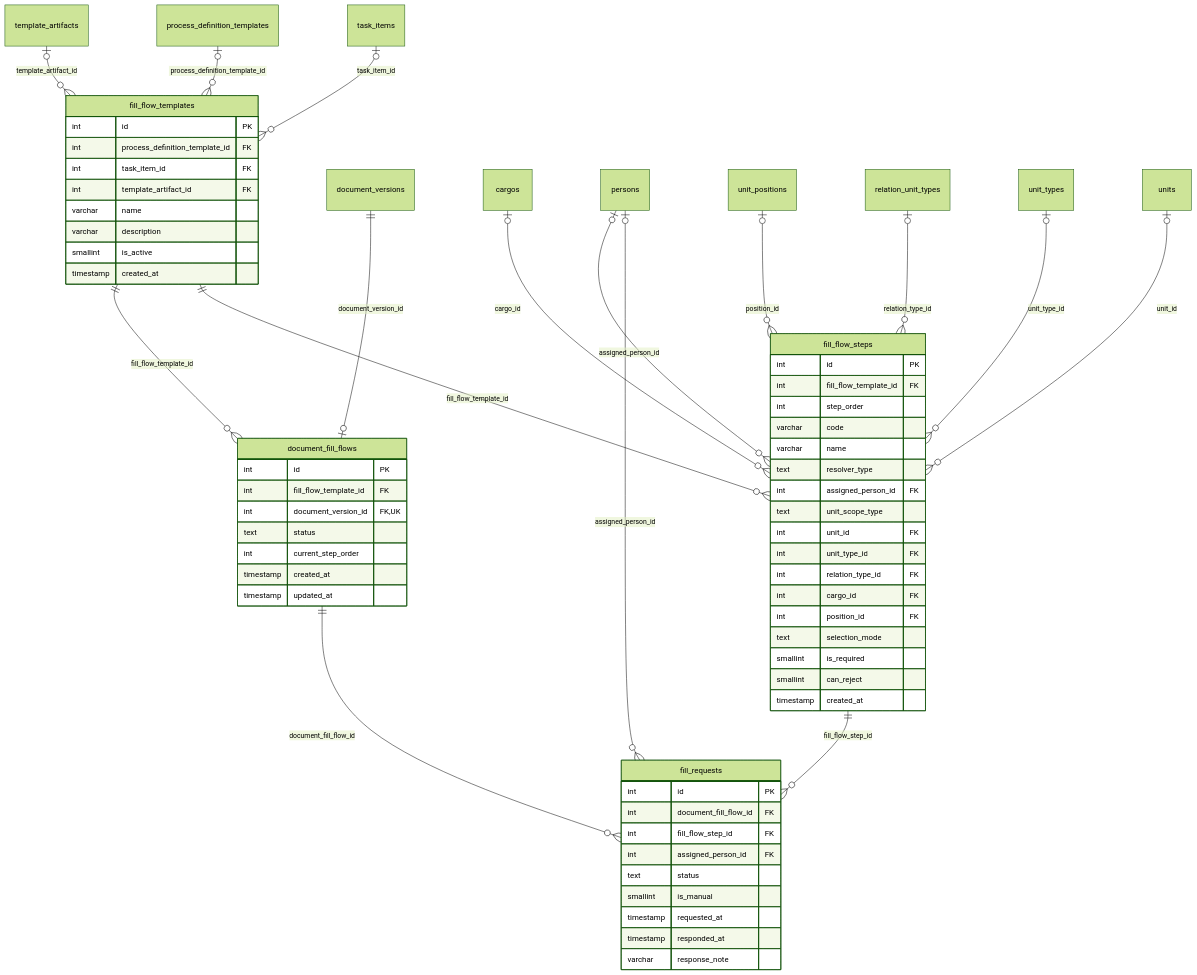
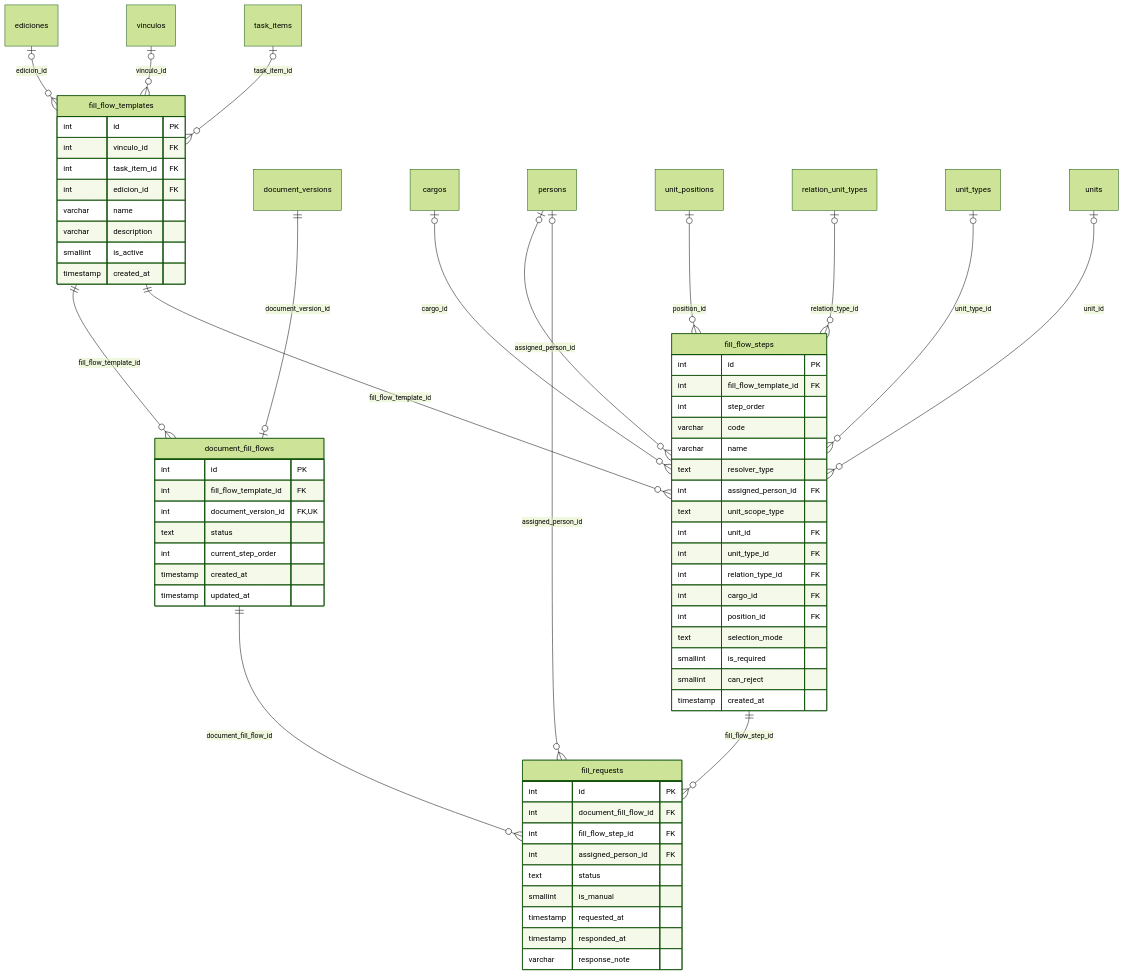
One commit to fresvel/deasy changed the seventh of 10 diagrams in docs/src/content/docs/modelo/mapa-con-campos.md. Above: the diagram before and after it, drawn with Mermaid (forest theme). The commit also changed other lines of this file and 172 other files, not shown here.

````diff
--- a/docs/src/content/docs/modelo/mapa-con-campos.md
+++ b/docs/src/content/docs/modelo/mapa-con-campos.md
@@ -475,68 +475,68 @@
 ```mermaid
 erDiagram
   %% generado por scripts/docs/gen-mapa-campos.mjs: no se edita a mano
   fill_flow_templates {
     int id PK
-    int process_definition_template_id FK
+    int vinculo_id FK
     int task_item_id FK
-    int template_artifact_id FK
+    int edicion_id FK
     varchar name
     varchar description
     smallint is_active
     timestamp created_at
   }
   fill_flow_steps {
     int id PK
     int fill_flow_template_id FK
     int step_order
     varchar code
     varchar name
     text resolver_type
     int assigned_person_id FK
     text unit_scope_type
     int unit_id FK
     int unit_type_id FK
     int relation_type_id FK
     int cargo_id FK
     int position_id FK
     text selection_mode
     smallint is_required
     smallint can_reject
     timestamp created_at
   }
   document_fill_flows {
     int id PK
     int fill_flow_template_id FK
     int document_version_id FK, UK
     text status
     int current_step_order
     timestamp created_at
     timestamp updated_at
   }
   fill_requests {
     int id PK
     int document_fill_flow_id FK
     int fill_flow_step_id FK
     int assigned_person_id FK
     text status
     smallint is_manual
     timestamp requested_at
     timestamp responded_at
     varchar response_note
   }
   document_versions ||--o| document_fill_flows : "document_version_id"
   fill_flow_templates ||--o{ document_fill_flows : "fill_flow_template_id"
   cargos |o--o{ fill_flow_steps : "cargo_id"
   persons |o--o{ fill_flow_steps : "assigned_person_id"
   unit_positions |o--o{ fill_flow_steps : "position_id"
   relation_unit_types |o--o{ fill_flow_steps : "relation_type_id"
   fill_flow_templates ||--o{ fill_flow_steps : "fill_flow_template_id"
   unit_types |o--o{ fill_flow_steps : "unit_type_id"
   units |o--o{ fill_flow_steps : "unit_id"
-  template_artifacts |o--o{ fill_flow_templates : "template_artifact_id"
-  process_definition_templates |o--o{ fill_flow_templates : "process_definition_template_id"
+  ediciones |o--o{ fill_flow_templates : "edicion_id"
+  vinculos |o--o{ fill_flow_templates : "vinculo_id"
   task_items |o--o{ fill_flow_templates : "task_item_id"
   document_fill_flows ||--o{ fill_requests : "document_fill_flow_id"
   persons |o--o{ fill_requests : "assigned_person_id"
   fill_flow_steps ||--o{ fill_requests : "fill_flow_step_id"
 ```
````
